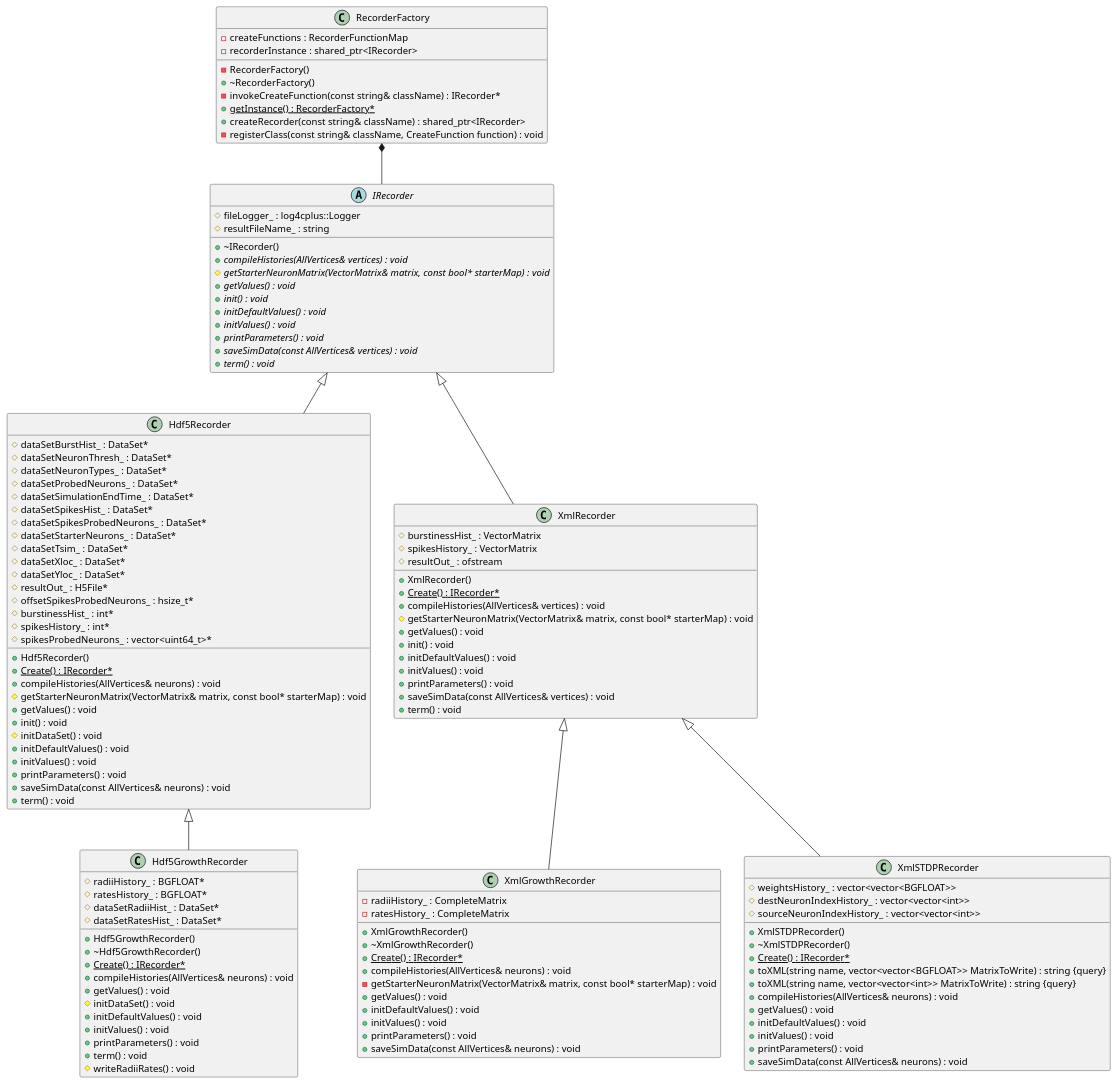
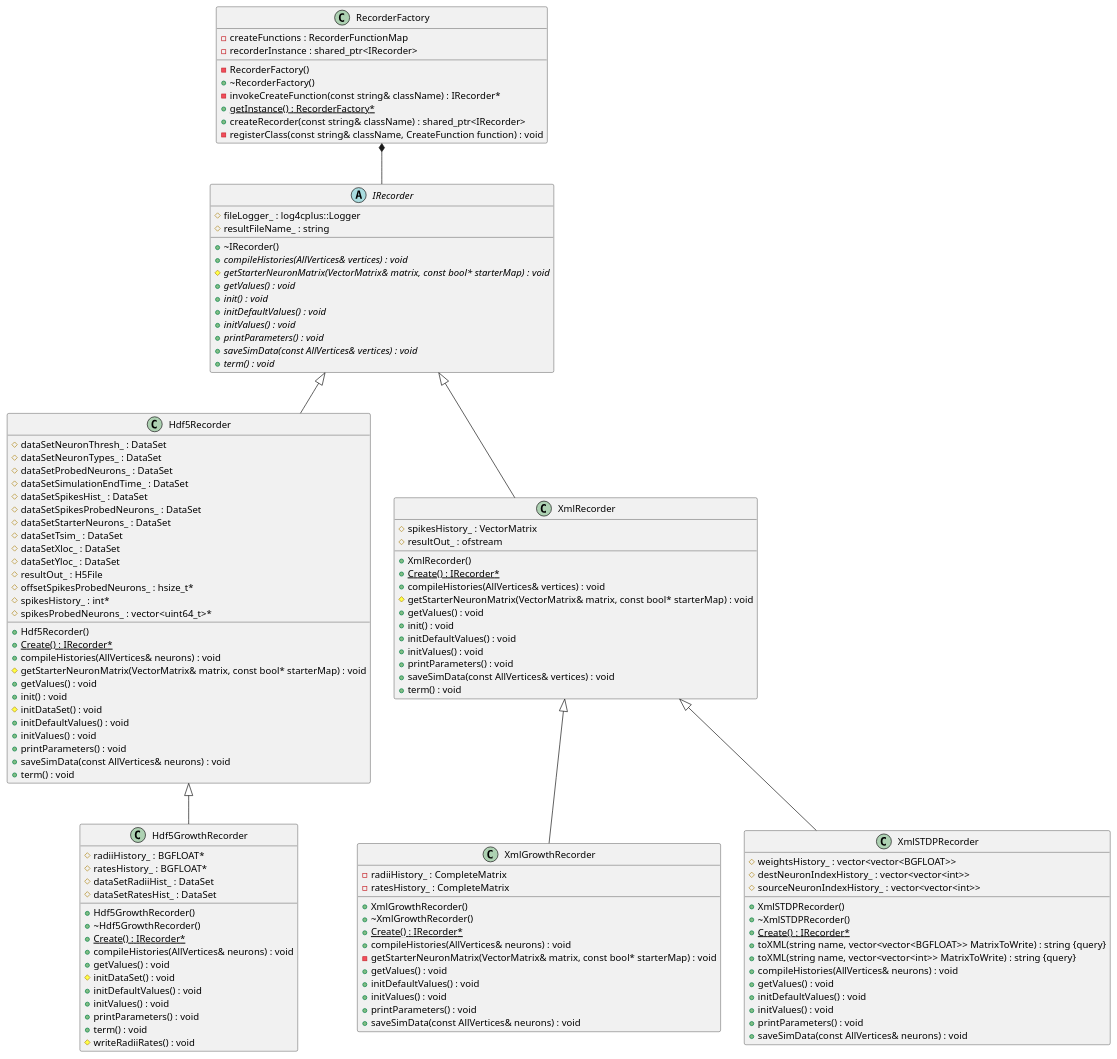
One commit to UWB-Biocomputing/Graphitti changed the diagram in docs/Developer/ClassDiagrams/recorder.puml. Above: the diagram before and after it, drawn with PlantUML. The commit also changed 26 other files, not shown here.

```diff
--- a/docs/Developer/ClassDiagrams/recorder.puml
+++ b/docs/Developer/ClassDiagrams/recorder.puml
@@ -1,176 +1,173 @@
 @startuml RecorderClassDiagram
 
 
 
 
 
 /' Objects '/
 
 class Hdf5GrowthRecorder {
 	+Hdf5GrowthRecorder()
 	+~Hdf5GrowthRecorder()
 	#radiiHistory_ : BGFLOAT*
 	#ratesHistory_ : BGFLOAT*
-	#dataSetRadiiHist_ : DataSet*
-	#dataSetRatesHist_ : DataSet*
+	#dataSetRadiiHist_ : DataSet
+	#dataSetRatesHist_ : DataSet
 	+{static} Create() : IRecorder*
 	+compileHistories(AllVertices& neurons) : void
 	+getValues() : void
 	#initDataSet() : void
 	+initDefaultValues() : void
 	+initValues() : void
 	+printParameters() : void
 	+term() : void
 	#writeRadiiRates() : void
 }
 
 
 class Hdf5Recorder {
 	+Hdf5Recorder()
-	#dataSetBurstHist_ : DataSet*
-	#dataSetNeuronThresh_ : DataSet*
-	#dataSetNeuronTypes_ : DataSet*
-	#dataSetProbedNeurons_ : DataSet*
-	#dataSetSimulationEndTime_ : DataSet*
-	#dataSetSpikesHist_ : DataSet*
-	#dataSetSpikesProbedNeurons_ : DataSet*
-	#dataSetStarterNeurons_ : DataSet*
-	#dataSetTsim_ : DataSet*
-	#dataSetXloc_ : DataSet*
-	#dataSetYloc_ : DataSet*
-	#resultOut_ : H5File*
+	#dataSetNeuronThresh_ : DataSet
+	#dataSetNeuronTypes_ : DataSet
+	#dataSetProbedNeurons_ : DataSet
+	#dataSetSimulationEndTime_ : DataSet
+	#dataSetSpikesHist_ : DataSet
+	#dataSetSpikesProbedNeurons_ : DataSet
+	#dataSetStarterNeurons_ : DataSet
+	#dataSetTsim_ : DataSet
+	#dataSetXloc_ : DataSet
+	#dataSetYloc_ : DataSet
+	#resultOut_ : H5File
 	+{static} Create() : IRecorder*
 	#offsetSpikesProbedNeurons_ : hsize_t*
-	#burstinessHist_ : int*
 	#spikesHistory_ : int*
 	#spikesProbedNeurons_ : vector<uint64_t>*
 	+compileHistories(AllVertices& neurons) : void
 	#getStarterNeuronMatrix(VectorMatrix& matrix, const bool* starterMap) : void
 	+getValues() : void
 	+init() : void
 	#initDataSet() : void
 	+initDefaultValues() : void
 	+initValues() : void
 	+printParameters() : void
 	+saveSimData(const AllVertices& neurons) : void
 	+term() : void
 }
 
 
 abstract class IRecorder {
 	+~IRecorder()
 	#fileLogger_ : log4cplus::Logger
 	#resultFileName_ : string
 	+{abstract} compileHistories(AllVertices& vertices) : void
 	#{abstract} getStarterNeuronMatrix(VectorMatrix& matrix, const bool* starterMap) : void
 	+{abstract} getValues() : void
 	+{abstract} init() : void
 	+{abstract} initDefaultValues() : void
 	+{abstract} initValues() : void
 	+{abstract} printParameters() : void
 	+{abstract} saveSimData(const AllVertices& vertices) : void
 	+{abstract} term() : void
 }
 
 
 class RecorderFactory {
 	-RecorderFactory()
 	+~RecorderFactory()
 	-invokeCreateFunction(const string& className) : IRecorder*
 	+{static} getInstance() : RecorderFactory*
 	-createFunctions : RecorderFunctionMap
 	+createRecorder(const string& className) : shared_ptr<IRecorder>
 	-recorderInstance : shared_ptr<IRecorder>
 	-registerClass(const string& className, CreateFunction function) : void
 }
 
 
 class XmlGrowthRecorder {
 	+XmlGrowthRecorder()
 	+~XmlGrowthRecorder()
 	-radiiHistory_ : CompleteMatrix
 	-ratesHistory_ : CompleteMatrix
 	+{static} Create() : IRecorder*
 	+compileHistories(AllVertices& neurons) : void
 	-getStarterNeuronMatrix(VectorMatrix& matrix, const bool* starterMap) : void
 	+getValues() : void
 	+initDefaultValues() : void
 	+initValues() : void
 	+printParameters() : void
 	+saveSimData(const AllVertices& neurons) : void
 }
 
 
 class XmlRecorder {
 	+XmlRecorder()
 	+{static} Create() : IRecorder*
-	#burstinessHist_ : VectorMatrix
 	#spikesHistory_ : VectorMatrix
 	#resultOut_ : ofstream
 	+compileHistories(AllVertices& vertices) : void
 	#getStarterNeuronMatrix(VectorMatrix& matrix, const bool* starterMap) : void
 	+getValues() : void
 	+init() : void
 	+initDefaultValues() : void
 	+initValues() : void
 	+printParameters() : void
 	+saveSimData(const AllVertices& vertices) : void
 	+term() : void
 }
 
 
 class XmlSTDPRecorder {
 	+XmlSTDPRecorder()
 	+~XmlSTDPRecorder()
 	+{static} Create() : IRecorder*
 	+toXML(string name, vector<vector<BGFLOAT>> MatrixToWrite) : string {query}
 	+toXML(string name, vector<vector<int>> MatrixToWrite) : string {query}
 	#weightsHistory_ : vector<vector<BGFLOAT>>
 	#destNeuronIndexHistory_ : vector<vector<int>>
 	#sourceNeuronIndexHistory_ : vector<vector<int>>
 	+compileHistories(AllVertices& neurons) : void
 	+getValues() : void
 	+initDefaultValues() : void
 	+initValues() : void
 	+printParameters() : void
 	+saveSimData(const AllVertices& neurons) : void
 }
 
 
 
 
 
 /' Inheritance relationships '/
 
 .Hdf5Recorder <|-- .Hdf5GrowthRecorder
 
 
 .IRecorder <|-- .Hdf5Recorder
 
 
 .IRecorder <|-- .XmlRecorder
 
 
 .XmlRecorder <|-- .XmlGrowthRecorder
 
 
 .XmlRecorder <|-- .XmlSTDPRecorder
 
 
 
 
 
 /' Aggregation relationships '/
 
 .RecorderFactory *-- .IRecorder
 
 
 
 
 
 
 /' Nested objects '/
 
 
 
 @enduml
```
